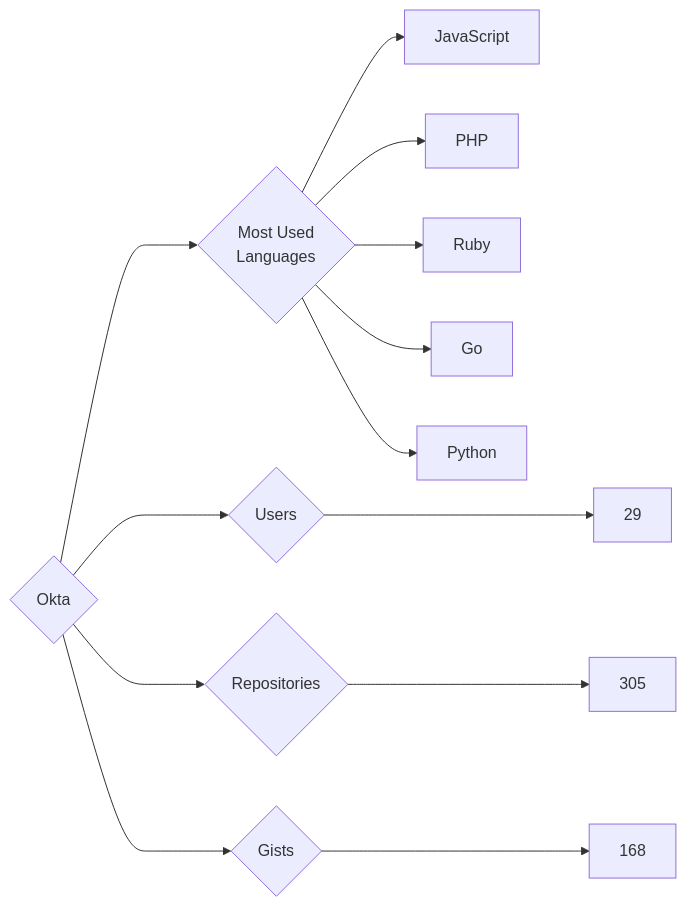
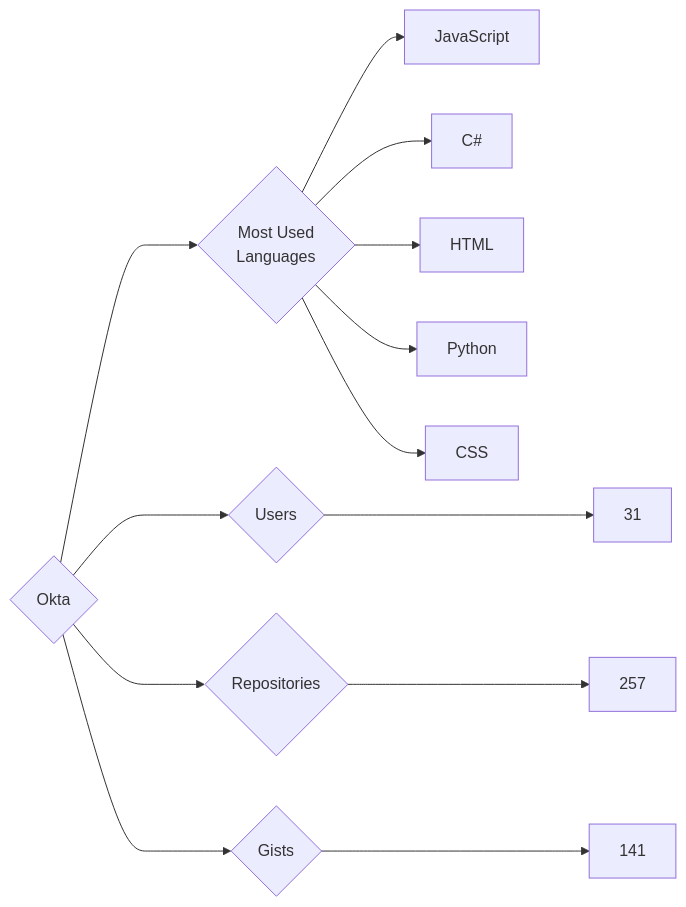
The diagram in targets/Okta/README.md (trickest/insiders), drawn with Mermaid before and after one commit. The commit also changed 964 other files, not shown here.

````diff
--- a/targets/Okta/README.md
+++ b/targets/Okta/README.md
@@ -3,13 +3,13 @@
 ```mermaid
 graph LR
 COMPANY_NAME{Okta}
-COMPANY_NAME ---> U{Users} ---> UN[29]
-COMPANY_NAME ---> R{Repositories} ---> RN[305]
-COMPANY_NAME ---> G{Gists} ---> GN[168]
+COMPANY_NAME ---> U{Users} ---> UN[31]
+COMPANY_NAME ---> R{Repositories} ---> RN[257]
+COMPANY_NAME ---> G{Gists} ---> GN[141]
 COMPANY_NAME ---> ML{Most Used<br>Languages}
 ML --> JavaScript[JavaScript]
-ML --> PHP[PHP]
-ML --> Ruby[Ruby]
-ML --> Go[Go]
+ML --> C#[C#]
+ML --> HTML[HTML]
 ML --> Python[Python]
+ML --> CSS[CSS]
 ```
````
